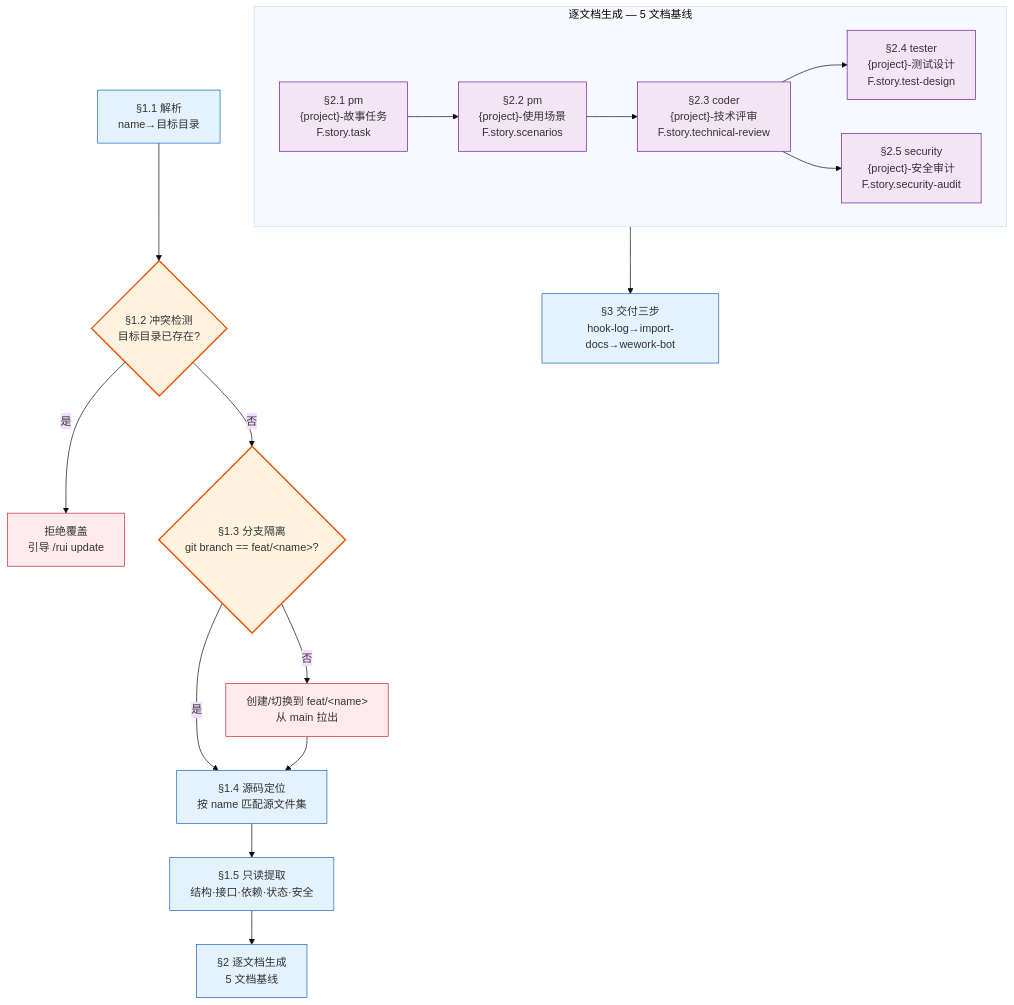
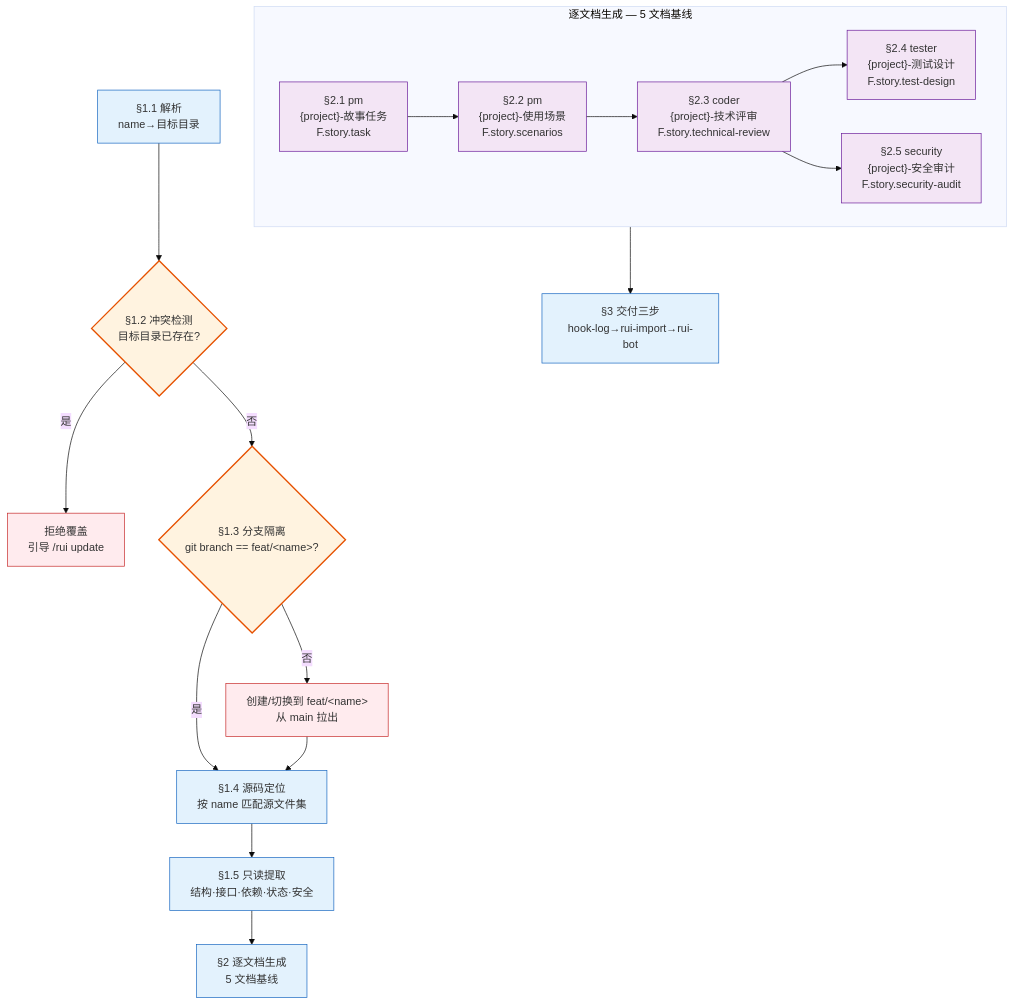
Before and after one commit to effiy/YrY: diagram 14 of 16 in skills/rui/SKILL.md, drawn with Mermaid (base theme). The commit also changed other lines of this file and 41 other files, not shown here.

````diff
--- a/skills/rui/SKILL.md
+++ b/skills/rui/SKILL.md
@@ -795,30 +816,30 @@
 ```mermaid
 flowchart TD
     PARSE["§1.1 解析<br/>name→目标目录"]:::s --> CONFLICT{"§1.2 冲突检测<br/>目标目录已存在?"}:::gate
     CONFLICT -->|"是"| REJECT["拒绝覆盖<br/>引导 /rui update"]:::bad
     CONFLICT -->|"否"| BRANCH{"§1.3 分支隔离<br/>git branch == feat/&lt;name&gt;?"}:::gate
     BRANCH -->|"否"| SWITCH["创建/切换到 feat/&lt;name&gt;<br/>从 main 拉出"]:::block
     BRANCH -->|"是"| SCAN["§1.4 源码定位<br/>按 name 匹配源文件集"]:::s
     SWITCH --> SCAN
     SCAN --> EXTRACT["§1.5 只读提取<br/>结构·接口·依赖·状态·安全"]:::s
     EXTRACT --> GEN["§2 逐文档生成<br/>5 文档基线"]:::s
 
     subgraph GENSUB["逐文档生成 — 5 文档基线"]
         direction LR
         D1["§2.1 pm<br/>{project}-故事任务<br/>F.story.task"]:::agent
         D2["§2.2 pm<br/>{project}-使用场景<br/>F.story.scenarios"]:::agent
         D3["§2.3 coder<br/>{project}-技术评审<br/>F.story.technical-review"]:::agent
         D4["§2.4 tester<br/>{project}-测试设计<br/>F.story.test-design"]:::agent
         D5["§2.5 security<br/>{project}-安全审计<br/>F.story.security-audit"]:::agent
         D1 --> D2 --> D3 --> D4
         D3 --> D5
     end
 
-    GENSUB --> DELIVER["§3 交付三步<br/>hook-log→import-docs→wework-bot"]:::s
+    GENSUB --> DELIVER["§3 交付三步<br/>hook-log→rui-import→rui-bot"]:::s
 
     classDef s fill:#e3f2fd,stroke:#1565c0;
     classDef gate fill:#fff3e0,stroke:#e65100,stroke-width:2px;
     classDef bad fill:#ffebee,stroke:#c62828;
     classDef block fill:#ffebee,stroke:#c62828;
     classDef agent fill:#f3e5f5,stroke:#6a1b9a;
 ```
````
